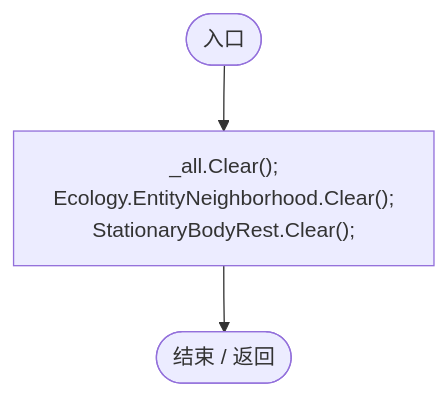
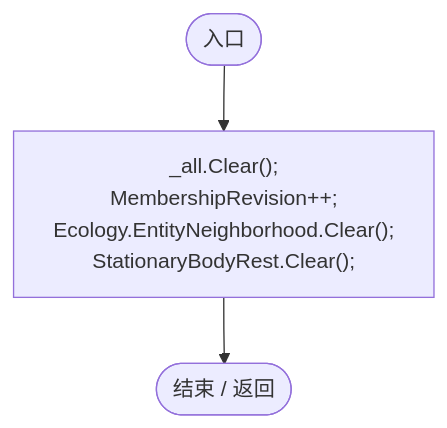
Before and after one commit to xhs6666/Darwin_paradise: the sixth of 6 diagrams in Docs/运行流程图/脚本/2093aaf08559c9f2.md, drawn with Mermaid. The commit also changed other lines of this file and 167 other files, not shown here.

````diff
--- a/Docs/运行流程图/脚本/2093aaf08559c9f2.md
+++ b/Docs/运行流程图/脚本/2093aaf08559c9f2.md
@@ -110,9 +154,9 @@
 ```mermaid
 flowchart TD
   b0(["入口"])
-  b1["_all.Clear();<br/>Ecology.EntityNeighborhood.Clear();<br/>StationaryBodyRest.Clear();"]
+  b1["_all.Clear();<br/>MembershipRevision++;<br/>Ecology.EntityNeighborhood.Clear();<br/>StationaryBodyRest.Clear();"]
   b2(["结束 / 返回"])
   b0 --> b1
   b1 --> b2
 
 ```
````
